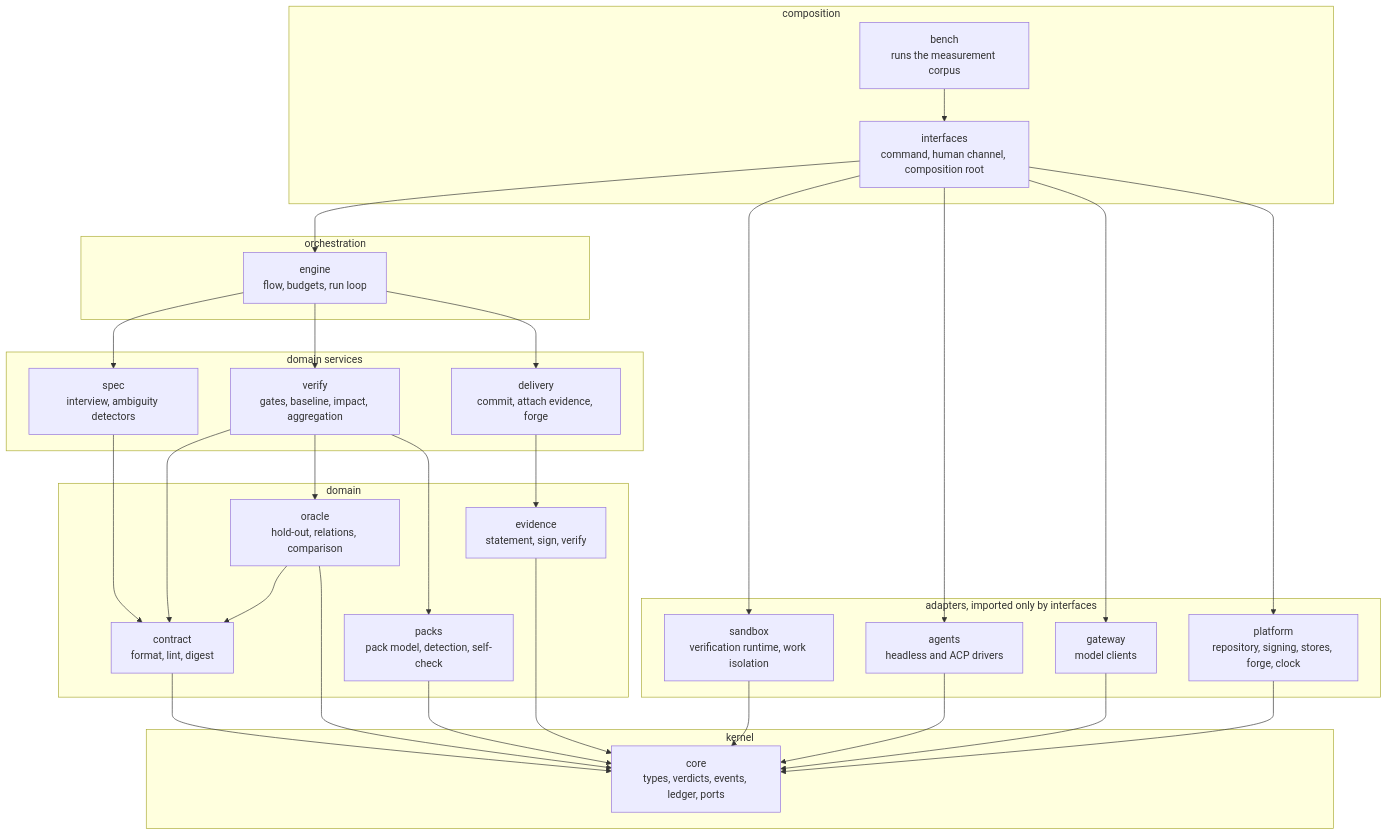
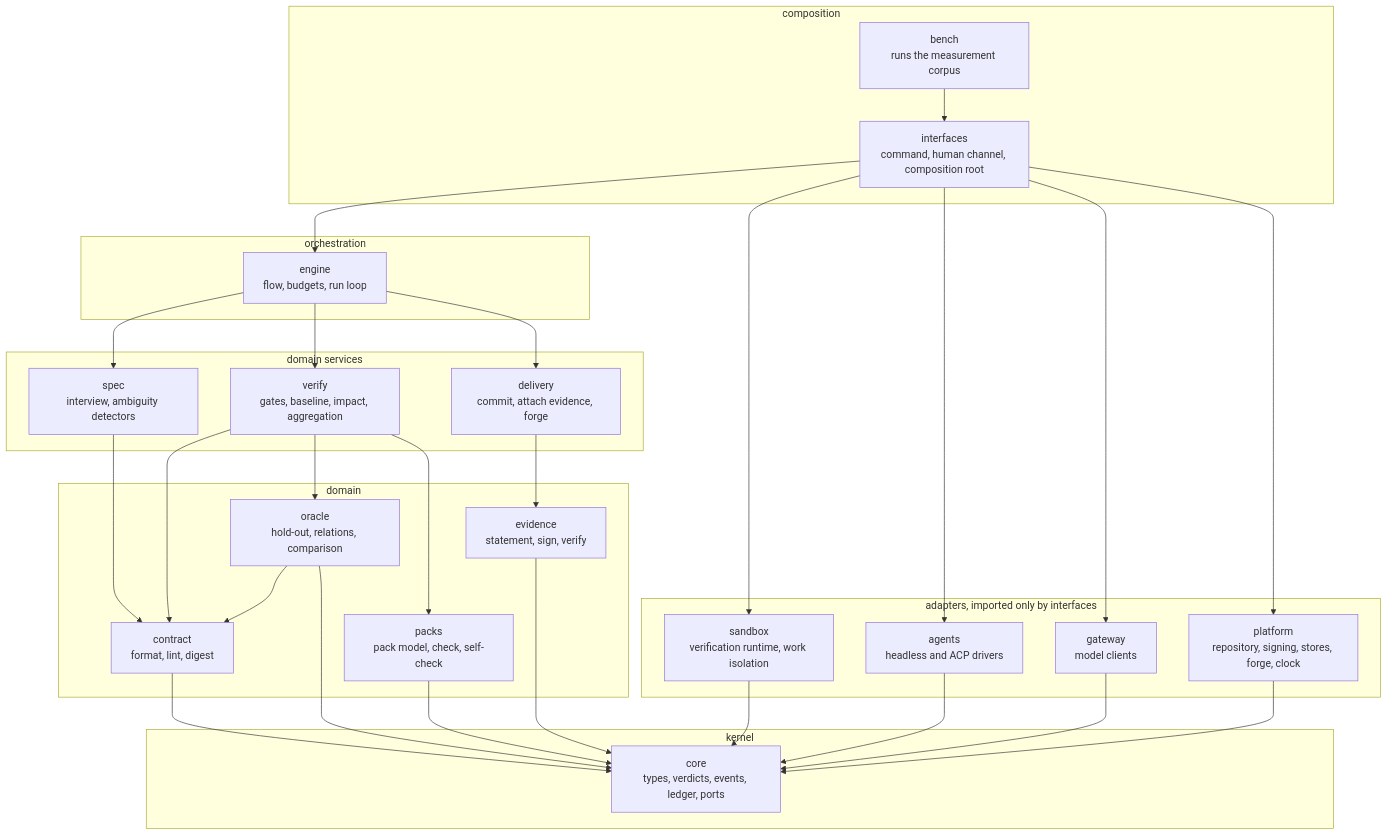
The diagram in docs/architecture/02-modules.md (rafaranaz/raclab-dokime), drawn with Mermaid before and after one commit. The commit also changed other lines of this file and 5 other files, not shown here.

````diff
--- a/docs/architecture/02-modules.md
+++ b/docs/architecture/02-modules.md
@@ -7,54 +7,54 @@
 ```mermaid
 flowchart TB
     subgraph L4["composition"]
         interfaces["interfaces<br/>command, human channel, composition root"]
         bench["bench<br/>runs the measurement corpus"]
     end
     subgraph L3["orchestration"]
         engine["engine<br/>flow, budgets, run loop"]
     end
     subgraph L2["domain services"]
         spec["spec<br/>interview, ambiguity detectors"]
         verify["verify<br/>gates, baseline, impact, aggregation"]
         delivery["delivery<br/>commit, attach evidence, forge"]
     end
     subgraph L1["domain"]
         contract["contract<br/>format, lint, digest"]
         oracle["oracle<br/>hold-out, relations, comparison"]
         evidence["evidence<br/>statement, sign, verify"]
-        packs["packs<br/>pack model, detection, self-check"]
+        packs["packs<br/>pack model, check, self-check"]
     end
     subgraph L0["kernel"]
         core["core<br/>types, verdicts, events, ledger, ports"]
     end
     subgraph AD["adapters, imported only by interfaces"]
         sandbox["sandbox<br/>verification runtime, work isolation"]
         agents["agents<br/>headless and ACP drivers"]
         gateway["gateway<br/>model clients"]
         platform["platform<br/>repository, signing, stores, forge, clock"]
     end
 
     interfaces --> engine
     bench --> interfaces
     engine --> spec
     engine --> verify
     engine --> delivery
     spec --> contract
     verify --> contract
     verify --> oracle
     verify --> packs
     delivery --> evidence
     oracle --> contract
     contract --> core
     oracle --> core
     evidence --> core
     packs --> core
     interfaces --> sandbox
     interfaces --> agents
     interfaces --> gateway
     interfaces --> platform
     sandbox --> core
     agents --> core
     gateway --> core
     platform --> core
 ```
````
